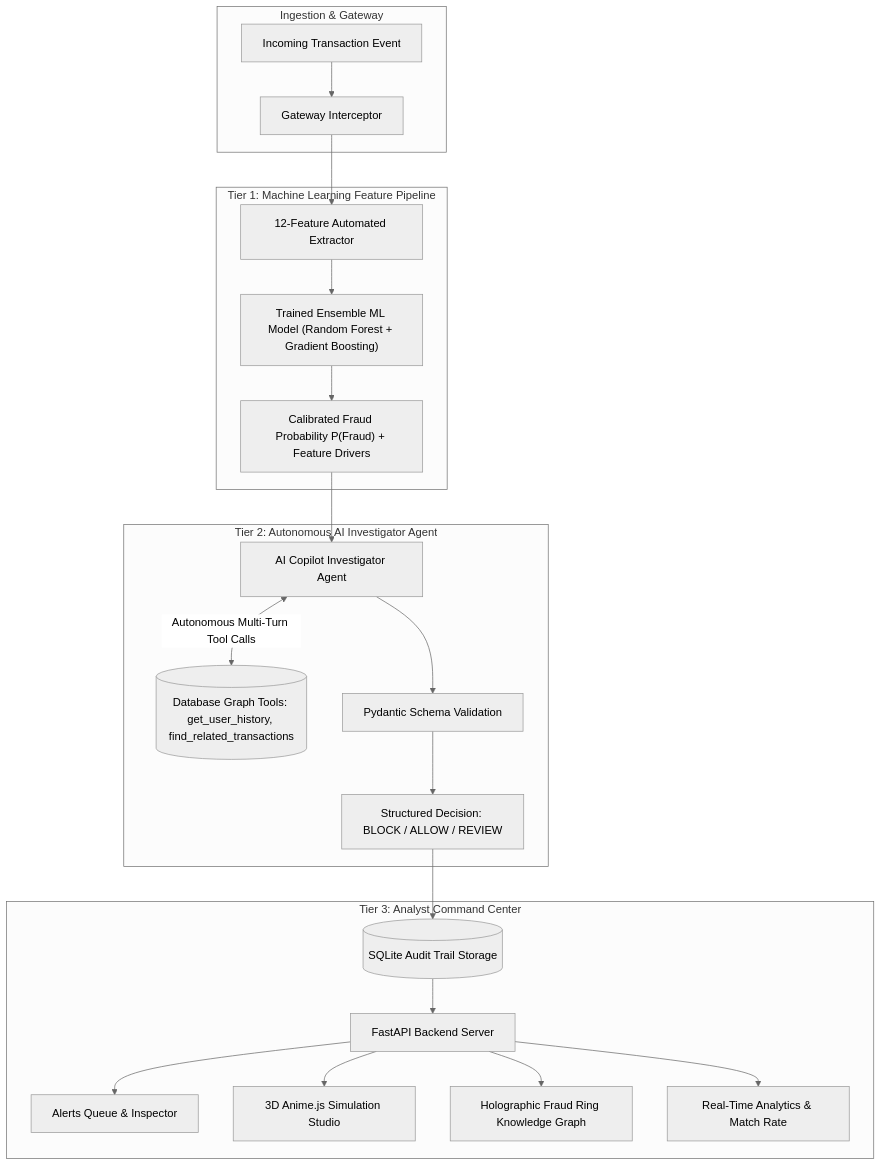
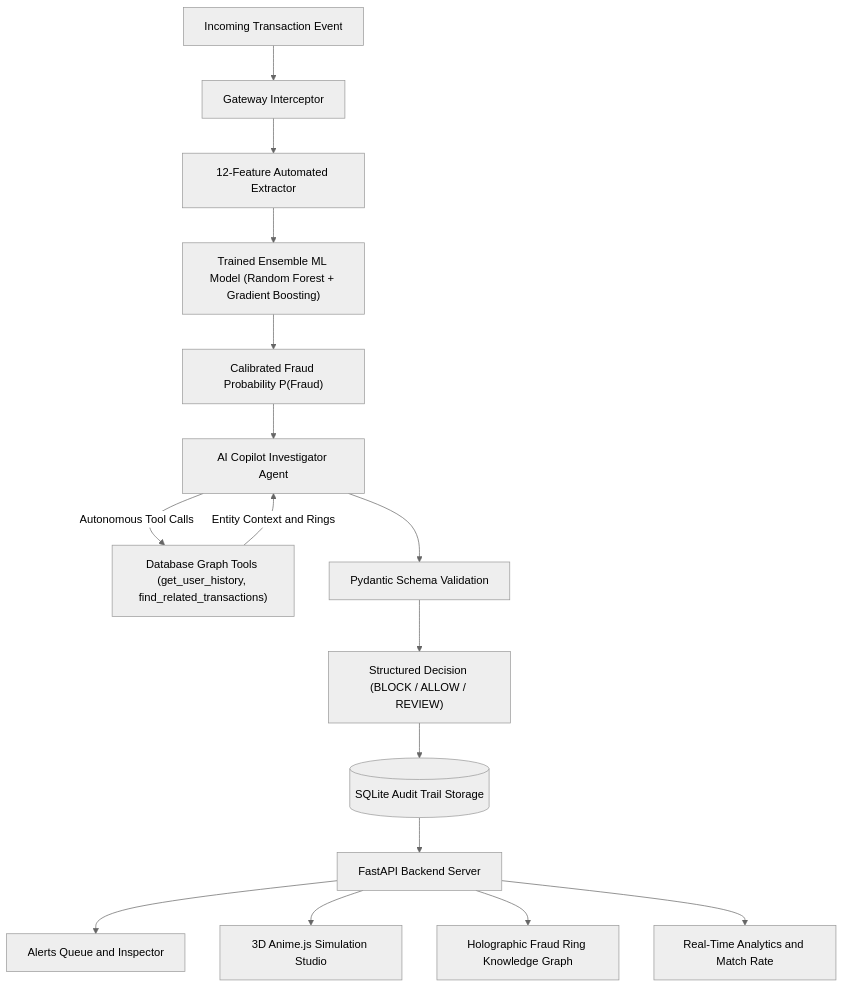
Before and after one commit to cbveladhesh-max/fraudpulse: the diagram in README.md, drawn with Mermaid (neutral theme).

Commit message:
docs: fix Mermaid syntax for 100% GitHub compatibility

````diff
--- a/README.md
+++ b/README.md
@@ -26,28 +26,20 @@
 ```mermaid
 flowchart TD
-    subgraph SG1 ["Ingestion & Gateway"]
-        TX["Incoming Transaction Event"] --> INGEST["Gateway Interceptor"]
-    end
-
-    subgraph SG2 ["Tier 1: Machine Learning Feature Pipeline"]
-        INGEST --> FEAT["12-Feature Automated Extractor"]
-        FEAT --> ML["Trained Ensemble ML Model (Random Forest + Gradient Boosting)"]
-        ML --> PROB["Calibrated Fraud Probability P(Fraud) + Feature Drivers"]
-    end
-
-    subgraph SG3 ["Tier 2: Autonomous AI Investigator Agent"]
-        PROB --> AGENT["AI Copilot Investigator Agent"]
-        AGENT <-->|"Autonomous Multi-Turn Tool Calls"| TOOLS[("Database Graph Tools: get_user_history, find_related_transactions")]
-        AGENT --> SCHEMA["Pydantic Schema Validation"]
-        SCHEMA --> VERDICT["Structured Decision: BLOCK / ALLOW / REVIEW"]
-    end
-
-    subgraph SG4 ["Tier 3: Analyst Command Center"]
-        VERDICT --> DB[("SQLite Audit Trail Storage")]
-        DB --> API["FastAPI Backend Server"]
-        API --> UI_QUEUE["Alerts Queue & Inspector"]
-        API --> UI_SIM["3D Anime.js Simulation Studio"]
-        API --> UI_GRAPH["Holographic Fraud Ring Knowledge Graph"]
-        API --> UI_STATS["Real-Time Analytics & Match Rate"]
-    end
+    TX["Incoming Transaction Event"] --> INGEST["Gateway Interceptor"]
+    INGEST --> FEAT["12-Feature Automated Extractor"]
+    FEAT --> ML["Trained Ensemble ML Model (Random Forest + Gradient Boosting)"]
+    ML --> PROB["Calibrated Fraud Probability P(Fraud)"]
+    
+    PROB --> AGENT["AI Copilot Investigator Agent"]
+    AGENT -->|"Autonomous Tool Calls"| TOOLS["Database Graph Tools (get_user_history, find_related_transactions)"]
+    TOOLS -->|"Entity Context and Rings"| AGENT
+    AGENT --> SCHEMA["Pydantic Schema Validation"]
+    SCHEMA --> VERDICT["Structured Decision (BLOCK / ALLOW / REVIEW)"]
+    
+    VERDICT --> DB[("SQLite Audit Trail Storage")]
+    DB --> API["FastAPI Backend Server"]
+    API --> UI1["Alerts Queue and Inspector"]
+    API --> UI2["3D Anime.js Simulation Studio"]
+    API --> UI3["Holographic Fraud Ring Knowledge Graph"]
+    API --> UI4["Real-Time Analytics and Match Rate"]
 ```
````
